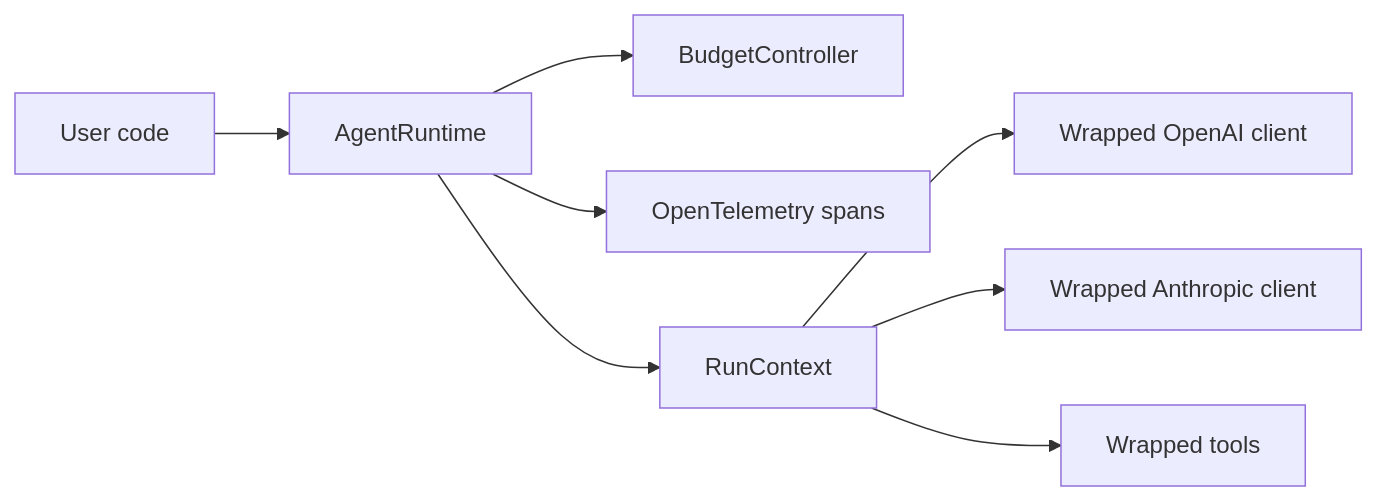
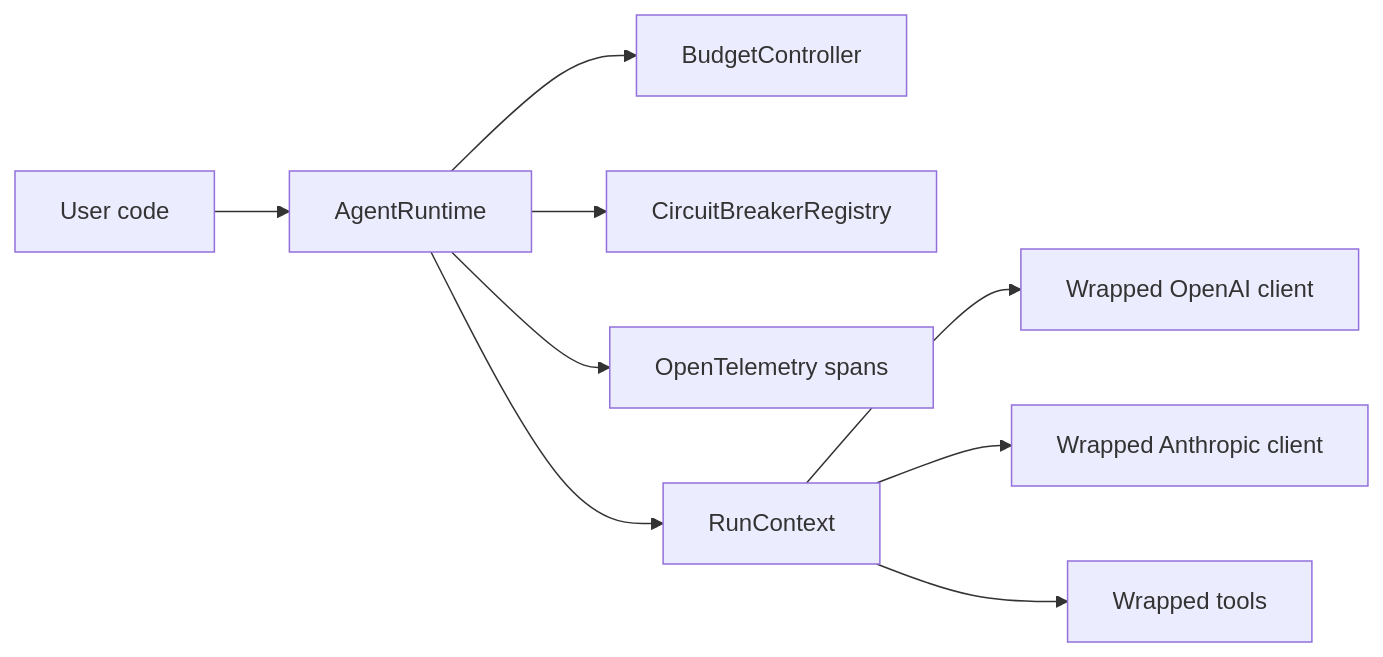
The diagram in README.md (awesome-pro/guardloop), drawn with Mermaid before and after one commit. The commit also changed other lines of this file and 14 other files, not shown here.

````diff
--- a/README.md
+++ b/README.md
@@ -43,10 +56,11 @@
 ```mermaid
 flowchart LR
     U["User code"] --> R["AgentRuntime"]
     R --> B["BudgetController"]
+    R --> CB["CircuitBreakerRegistry"]
     R --> T["OpenTelemetry spans"]
     R --> C["RunContext"]
     C --> O["Wrapped OpenAI client"]
     C --> A["Wrapped Anthropic client"]
     C --> W["Wrapped tools"]
 ```
````
